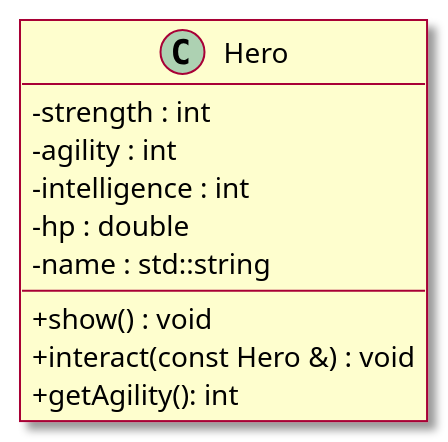
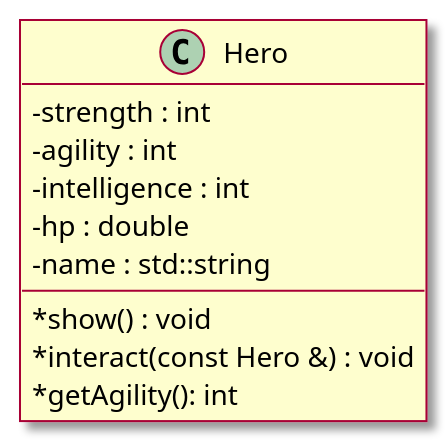
Before and after one commit to HE-Arc/1242.2-Langage_CPP: the second of 2 diagrams in content/docs/cours/PageTemplate.md, drawn with PlantUML. The commit also changed other lines of this file and 9 other files, not shown here.

```diff
--- a/content/docs/cours/PageTemplate.md
+++ b/content/docs/cours/PageTemplate.md
@@ -292,21 +342,24 @@
 {{< plantuml src="diagrams/example.puml" id="eg2" />}}
 
 {{<slide >}}
+
 ## PlantUML Diagrams
+
 {{< plantuml id="eg2">}}
 @startuml
 skin rose
 skinparam classAttributeIconSize 0
 class Hero {
-   - strength : int
-   - agility : int
-   - intelligence : int
-   - hp : double
-   - name : std::string
 
-   + show() : void
-   + interact(const Hero &) : void
-   + getAgility(): int
-}
-@enduml
-{{< /plantuml >}}
+- strength : int
+- agility : int
+- intelligence : int
+- hp : double
+- name : std::string
+
+* show() : void
+* interact(const Hero &) : void
+* getAgility(): int
+  }
+  @enduml
+  {{< /plantuml >}}
```
